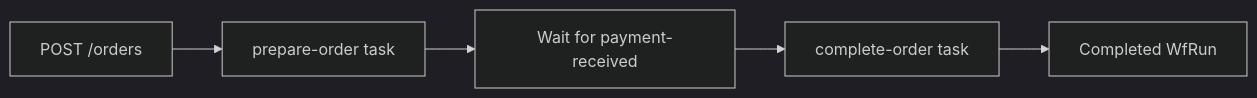
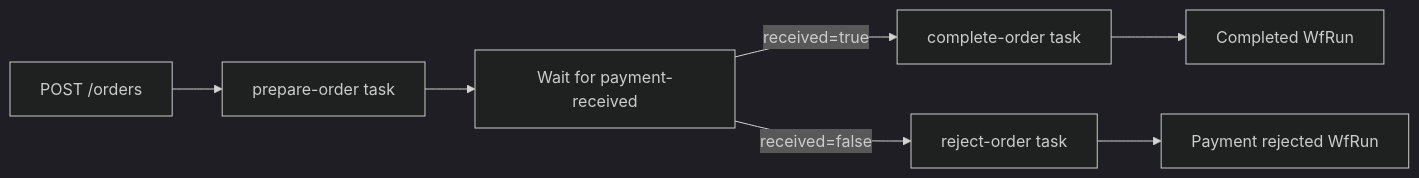
Before and after one commit to littlehorse-enterprises/lh-developer-hub: the diagram in examples/lh-server/java/05-spring-boot/README.md, drawn with Mermaid (dark theme). The commit also changed other lines of this file and 5 other files, not shown here.

````diff
--- a/examples/lh-server/java/05-spring-boot/README.md
+++ b/examples/lh-server/java/05-spring-boot/README.md
@@ -15,7 +15,9 @@
 ```mermaid
 flowchart LR
     A[POST /orders] --> B[prepare-order task]
     B --> C[Wait for payment-received]
-    C --> D[complete-order task]
+    C -->|received=true| D[complete-order task]
+    C -->|received=false| F[reject-order task]
     D --> E[Completed WfRun]
+    F --> G[Payment rejected WfRun]
 ```
````
